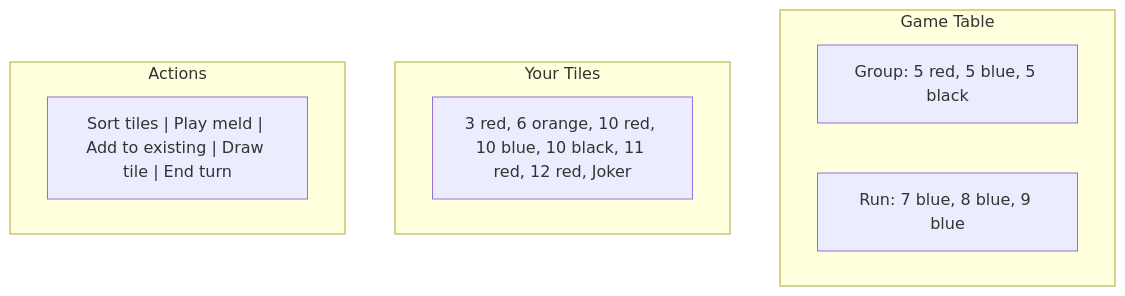
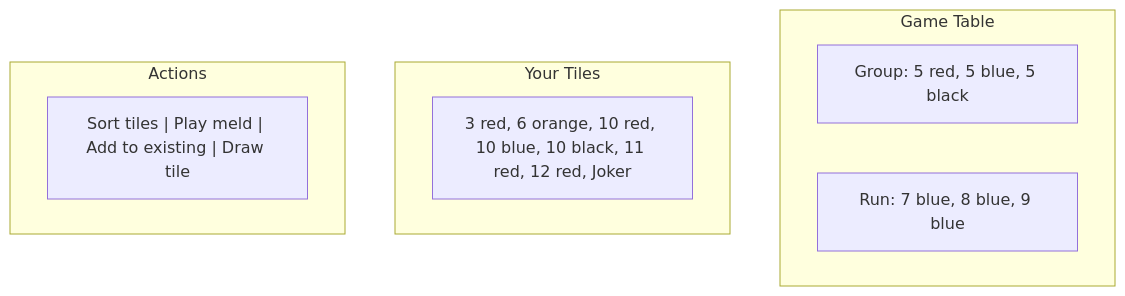
One commit to stevenfazzio/educational-rummikub changed the diagram in docs/index.md. Above: the diagram before and after it, drawn with Mermaid. The commit also changed 5 other files, not shown here.

````diff
--- a/docs/index.md
+++ b/docs/index.md
@@ -13,15 +13,15 @@
 ```mermaid
 graph TB
     subgraph "Game Table"
         Set1["Group: 5 red, 5 blue, 5 black"]
         Set2["Run: 7 blue, 8 blue, 9 blue"]
     end
     
     subgraph "Your Tiles"
         Hand["3 red, 6 orange, 10 red, 10 blue, 10 black, 11 red, 12 red, Joker"]
     end
     
     subgraph "Actions"
-        Menu["Sort tiles | Play meld | Add to existing | Draw tile | End turn"]
+        Menu["Sort tiles | Play meld | Add to existing | Draw tile"]
     end
 ```
````
